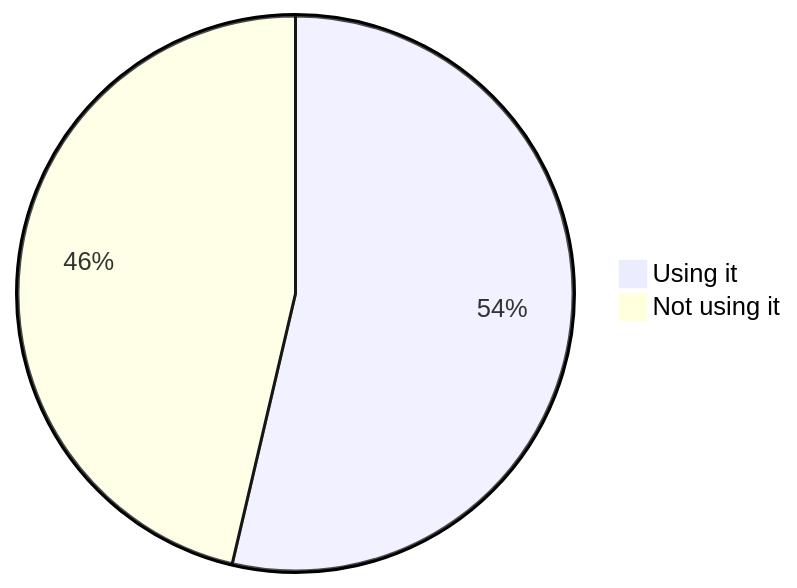
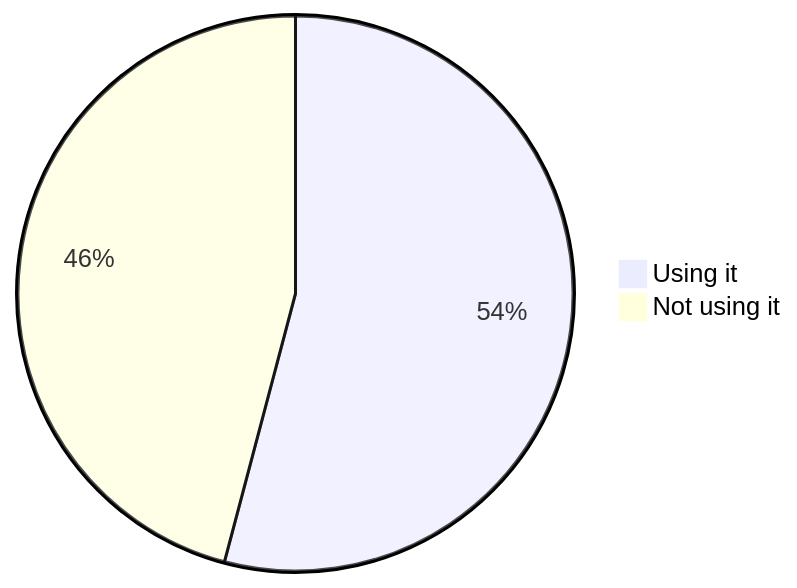
Before and after one commit to oshp/oshp-stats: the second of 22 diagrams in stats.md, drawn with Mermaid. The commit also changed other lines of this file, not shown here.

````diff
--- a/stats.md
+++ b/stats.md
@@ -22,6 +22,6 @@
 ```mermaid
 pie
-	"Using it" : 53.66
-	"Not using it" : 46.34
+	"Using it" : 54.12
+	"Not using it" : 45.88
 
 ```
````
